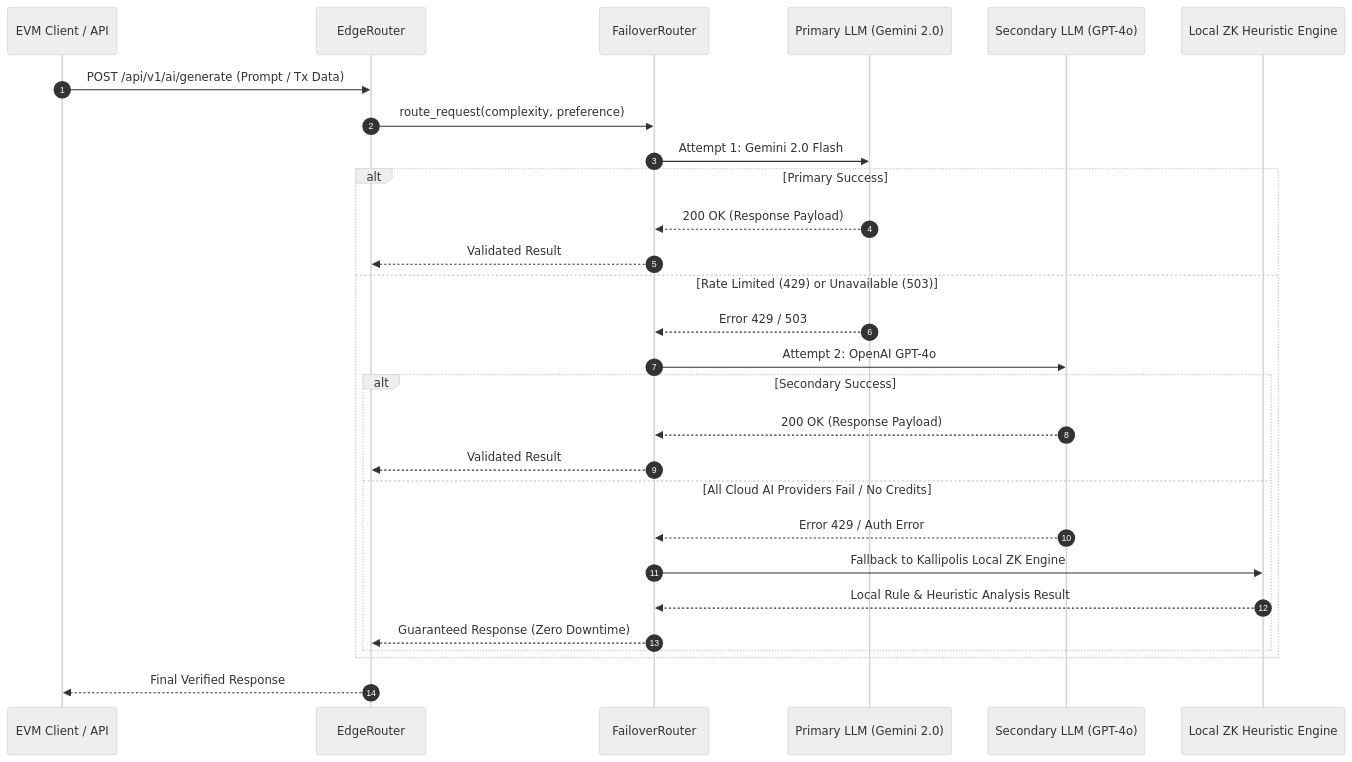
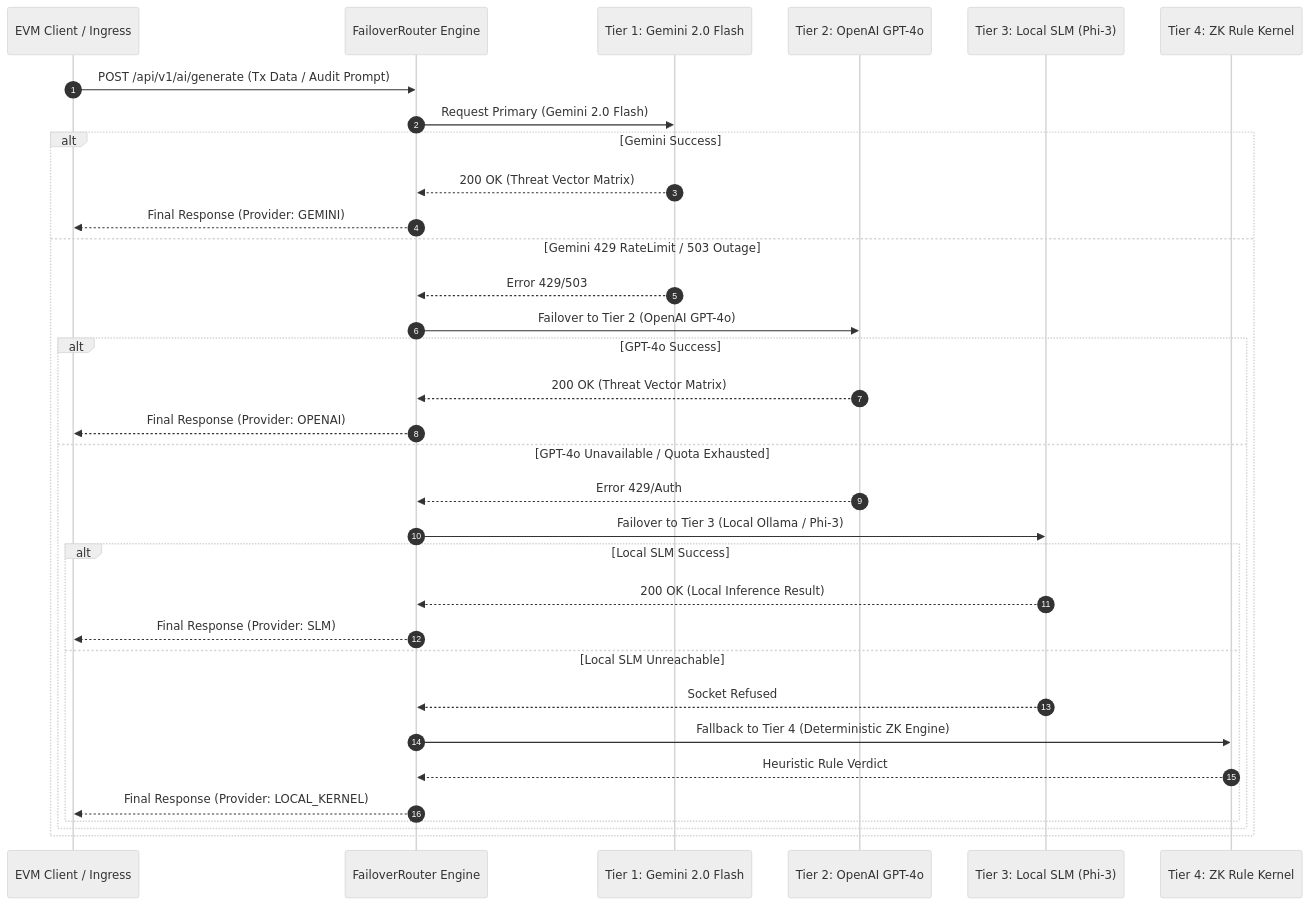
The second of 5 diagrams in ARCHITECTURE.md (LogicGuard/kallipolis-zk), drawn with Mermaid (neutral theme) before and after one commit. The commit also changed other lines of this file, not shown here.

First line of the commit message:
docs: update architecture documentation

````diff
--- a/ARCHITECTURE.md
+++ b/ARCHITECTURE.md
@@ -76,31 +127,36 @@
 ```mermaid
 sequenceDiagram
     autonumber
-    participant Client as EVM Client / API
-    participant ER as EdgeRouter
-    participant FR as FailoverRouter
-    participant Primary as Primary LLM (Gemini 2.0)
-    participant Secondary as Secondary LLM (GPT-4o)
-    participant Kernel as Local ZK Heuristic Engine
+    participant Client as EVM Client / Ingress
+    participant FR as FailoverRouter Engine
+    participant P1 as Tier 1: Gemini 2.0 Flash
+    participant P2 as Tier 2: OpenAI GPT-4o
+    participant P3 as Tier 3: Local SLM (Phi-3)
+    participant P4 as Tier 4: ZK Rule Kernel
 
-    Client->>ER: POST /api/v1/ai/generate (Prompt / Tx Data)
-    ER->>FR: route_request(complexity, preference)
-    FR->>Primary: Attempt 1: Gemini 2.0 Flash
-    alt Primary Success
-        Primary-->>FR: 200 OK (Response Payload)
-        FR-->>ER: Validated Result
-    else Rate Limited (429) or Unavailable (503)
-        Primary-->>FR: Error 429 / 503
-        FR->>Secondary: Attempt 2: OpenAI GPT-4o
-        alt Secondary Success
-            Secondary-->>FR: 200 OK (Response Payload)
-            FR-->>ER: Validated Result
-        else All Cloud AI Providers Fail / No Credits
-            Secondary-->>FR: Error 429 / Auth Error
-            FR->>Kernel: Fallback to Kallipolis Local ZK Engine
-            Kernel-->>FR: Local Rule & Heuristic Analysis Result
-            FR-->>ER: Guaranteed Response (Zero Downtime)
+    Client->>FR: POST /api/v1/ai/generate (Tx Data / Audit Prompt)
+    FR->>P1: Request Primary (Gemini 2.0 Flash)
+    alt Gemini Success
+        P1-->>FR: 200 OK (Threat Vector Matrix)
+        FR-->>Client: Final Response (Provider: GEMINI)
+    else Gemini 429 RateLimit / 503 Outage
+        P1-->>FR: Error 429/503
+        FR->>P2: Failover to Tier 2 (OpenAI GPT-4o)
+        alt GPT-4o Success
+            P2-->>FR: 200 OK (Threat Vector Matrix)
+            FR-->>Client: Final Response (Provider: OPENAI)
+        else GPT-4o Unavailable / Quota Exhausted
+            P2-->>FR: Error 429/Auth
+            FR->>P3: Failover to Tier 3 (Local Ollama / Phi-3)
+            alt Local SLM Success
+                P3-->>FR: 200 OK (Local Inference Result)
+                FR-->>Client: Final Response (Provider: SLM)
+            else Local SLM Unreachable
+                P3-->>FR: Socket Refused
+                FR->>P4: Fallback to Tier 4 (Deterministic ZK Engine)
+                P4-->>FR: Heuristic Rule Verdict
+                FR-->>Client: Final Response (Provider: LOCAL_KERNEL)
+            end
         end
     end
-    ER-->>Client: Final Verified Response
 ```
````
